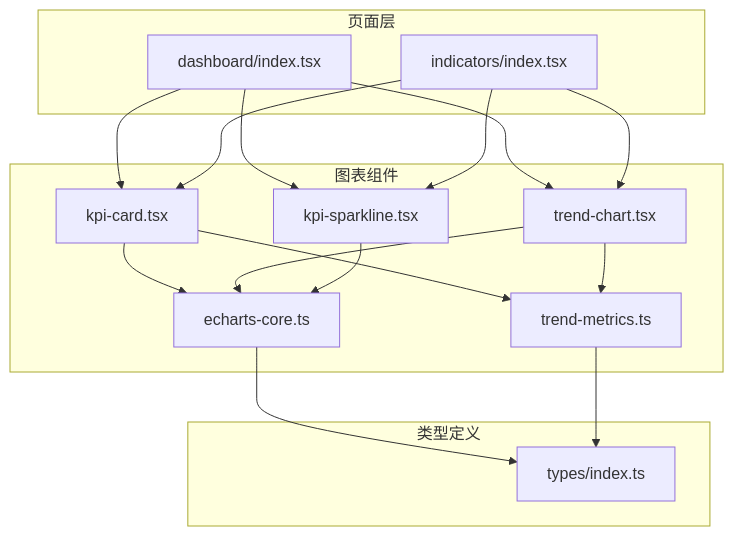
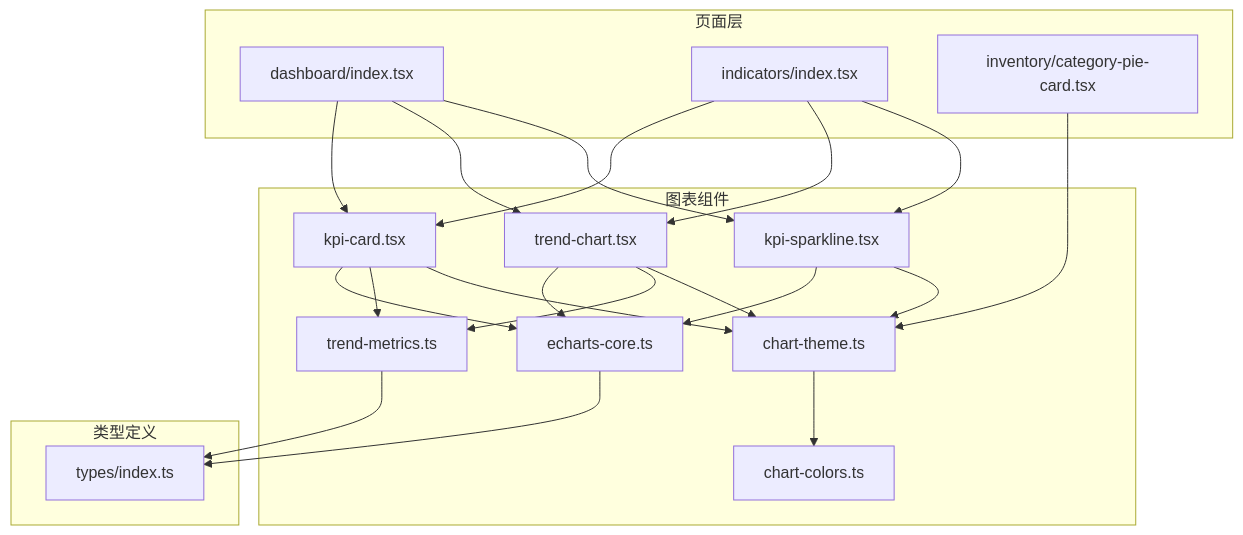
One commit to Damao997/newproject changed the first of 11 diagrams in .qoder/repowiki/zh/content/架构设计/组件架构/业务组件/图表组件/图表组件.md. Above: the diagram before and after it, drawn with Mermaid. The commit also changed other lines of this file and 10 other files, not shown here.

````diff
--- a/.qoder/repowiki/zh/content/架构设计/组件架构/业务组件/图表组件/图表组件.md
+++ b/.qoder/repowiki/zh/content/架构设计/组件架构/业务组件/图表组件/图表组件.md
@@ -49,30 +52,38 @@
 ```mermaid
 graph TB
 subgraph "页面层"
 D["dashboard/index.tsx"]
 I["indicators/index.tsx"]
+IP["inventory/category-pie-card.tsx"]
 end
 subgraph "图表组件"
 KC["kpi-card.tsx"]
 TC["trend-chart.tsx"]
 SL["kpi-sparkline.tsx"]
 EC["echarts-core.ts"]
 TM["trend-metrics.ts"]
+CT["chart-theme.ts"]
+CC["chart-colors.ts"]
 end
 subgraph "类型定义"
 T["types/index.ts"]
 end
 D --> KC
 D --> TC
 D --> SL
 I --> KC
 I --> TC
 I --> SL
+IP --> CT
 KC --> EC
 KC --> TM
+KC --> CT
 TC --> EC
 TC --> TM
+TC --> CT
 SL --> EC
+SL --> CT
 EC --> T
 TM --> T
+CT --> CC
 ```
````
